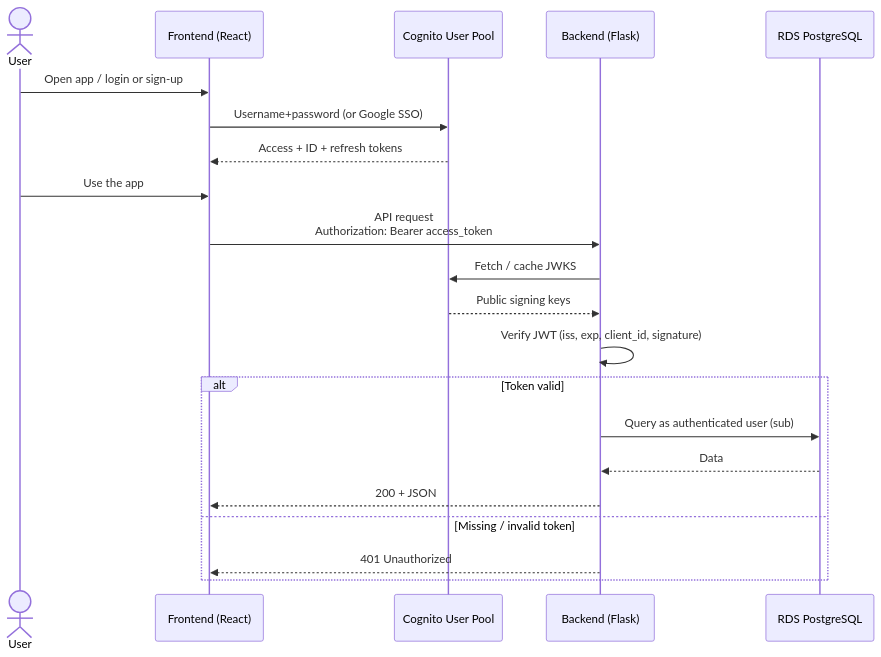
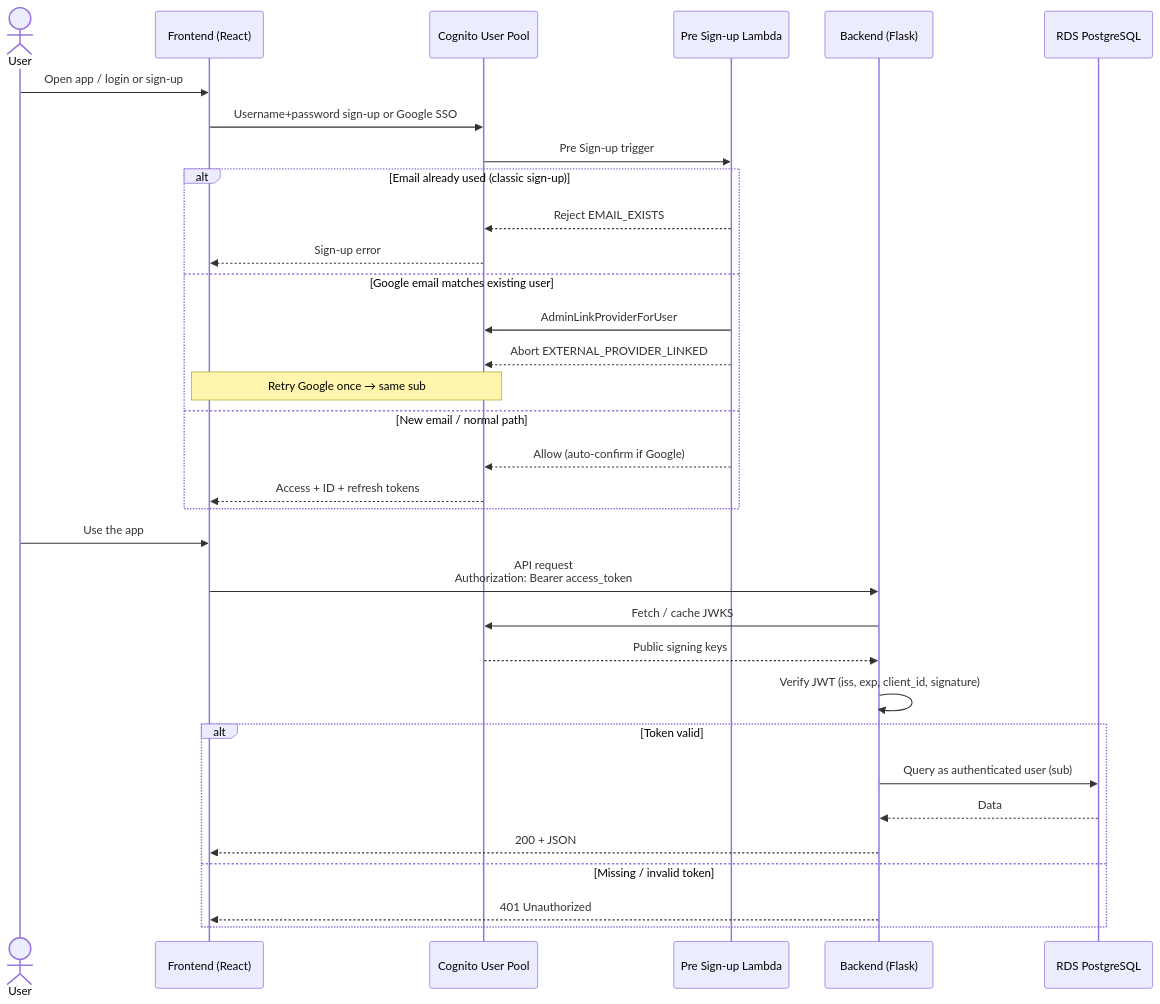
Before and after one commit to mazarsju/teacher-wang-infra: the fourth of 9 diagrams in docs/architecture.md, drawn with Mermaid. The commit also changed other lines of this file and 11 other files, not shown here.

Commit message:
add Lambda function to manage the pre-signup on cognito

````diff
--- a/docs/architecture.md
+++ b/docs/architecture.md
@@ -62,25 +81,37 @@
 ```mermaid
 sequenceDiagram
   actor User
   participant FE as Frontend (React)
   participant Cognito as Cognito User Pool
+  participant Lambda as Pre Sign-up Lambda
   participant BE as Backend (Flask)
   participant RDS as RDS PostgreSQL
 
   User->>FE: Open app / login or sign-up
-  FE->>Cognito: Username+password (or Google SSO)
-  Cognito-->>FE: Access + ID + refresh tokens
+  FE->>Cognito: Username+password sign-up or Google SSO
+  Cognito->>Lambda: Pre Sign-up trigger
+  alt Email already used (classic sign-up)
+    Lambda-->>Cognito: Reject EMAIL_EXISTS
+    Cognito-->>FE: Sign-up error
+  else Google email matches existing user
+    Lambda->>Cognito: AdminLinkProviderForUser
+    Lambda-->>Cognito: Abort EXTERNAL_PROVIDER_LINKED
+    Note over FE,Cognito: Retry Google once → same sub
+  else New email / normal path
+    Lambda-->>Cognito: Allow (auto-confirm if Google)
+    Cognito-->>FE: Access + ID + refresh tokens
+  end
 
   User->>FE: Use the app
   FE->>BE: API request<br/>Authorization: Bearer access_token
   BE->>Cognito: Fetch / cache JWKS
   Cognito-->>BE: Public signing keys
   BE->>BE: Verify JWT (iss, exp, client_id, signature)
   alt Token valid
     BE->>RDS: Query as authenticated user (sub)
     RDS-->>BE: Data
     BE-->>FE: 200 + JSON
   else Missing / invalid token
     BE-->>FE: 401 Unauthorized
   end
 ```
````
